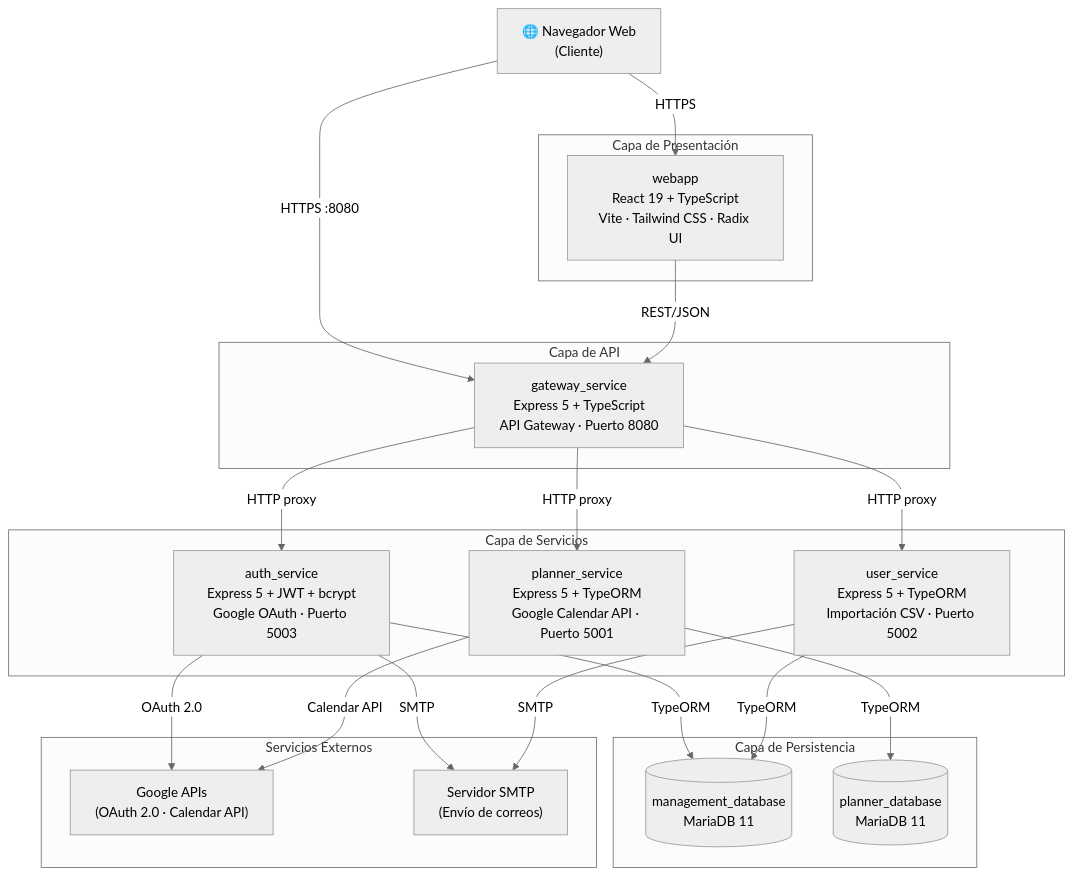
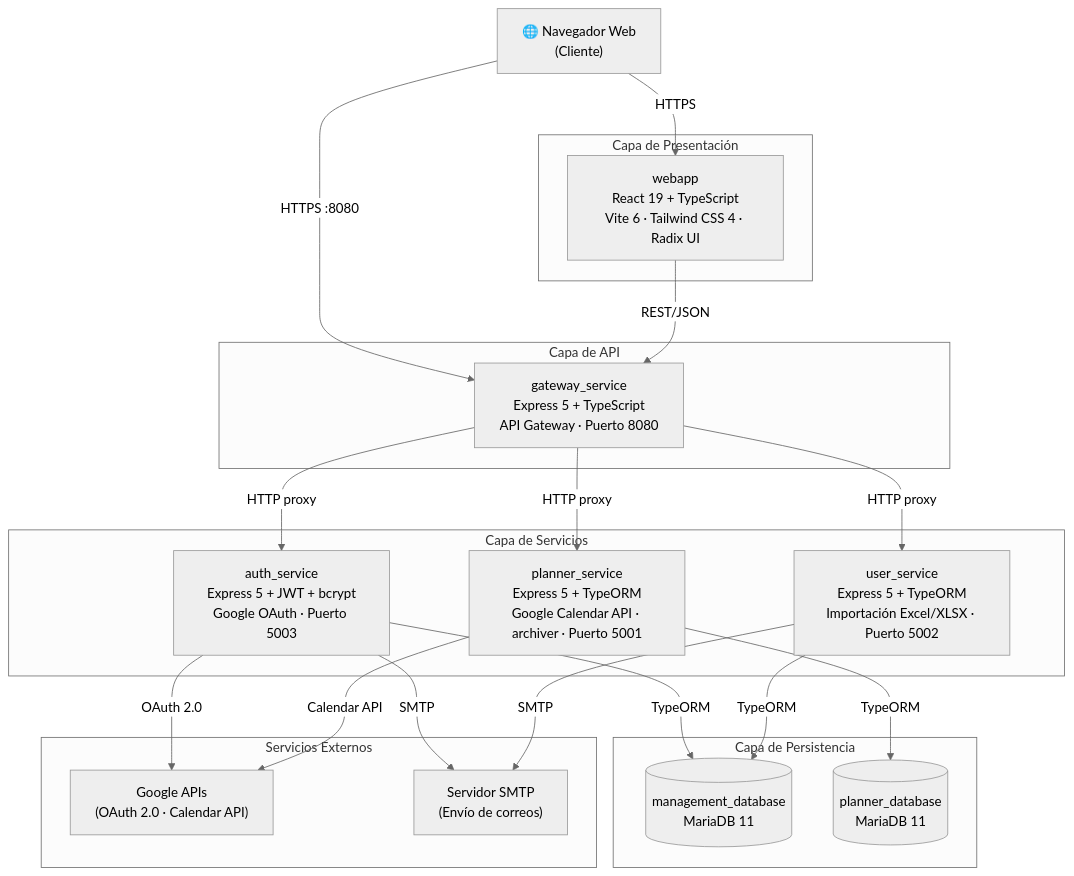
The first of 9 diagrams in docs/capitulo5_diseno.md (Murias10/TeachingPlanner), drawn with Mermaid (neutral theme) before and after one commit. The commit also changed other lines of this file and 1 other file, not shown here.

````diff
--- a/docs/capitulo5_diseno.md
+++ b/docs/capitulo5_diseno.md
@@ -23,42 +34,42 @@
 ```mermaid
 graph TD
     Browser["🌐 Navegador Web\n(Cliente)"]
 
     subgraph "Capa de Presentación"
-        webapp["webapp\nReact 19 + TypeScript\nVite · Tailwind CSS · Radix UI"]
+        webapp["webapp\nReact 19 + TypeScript\nVite 6 · Tailwind CSS 4 · Radix UI"]
     end
 
     subgraph "Capa de API"
         gateway["gateway_service\nExpress 5 + TypeScript\nAPI Gateway · Puerto 8080"]
     end
 
     subgraph "Capa de Servicios"
         auth["auth_service\nExpress 5 + JWT + bcrypt\nGoogle OAuth · Puerto 5003"]
-        user["user_service\nExpress 5 + TypeORM\nImportación CSV · Puerto 5002"]
-        planner["planner_service\nExpress 5 + TypeORM\nGoogle Calendar API · Puerto 5001"]
+        user["user_service\nExpress 5 + TypeORM\nImportación Excel/XLSX · Puerto 5002"]
+        planner["planner_service\nExpress 5 + TypeORM\nGoogle Calendar API · archiver · Puerto 5001"]
     end
 
     subgraph "Capa de Persistencia"
         mgmt_db[("management_database\nMariaDB 11")]
         planner_db[("planner_database\nMariaDB 11")]
     end
 
     subgraph "Servicios Externos"
         google["Google APIs\n(OAuth 2.0 · Calendar API)"]
         smtp["Servidor SMTP\n(Envío de correos)"]
     end
 
     Browser -->|"HTTPS"| webapp
     Browser -->|"HTTPS :8080"| gateway
     webapp -->|"REST/JSON"| gateway
     gateway -->|"HTTP proxy"| auth
     gateway -->|"HTTP proxy"| user
     gateway -->|"HTTP proxy"| planner
     auth -->|"TypeORM"| mgmt_db
     user -->|"TypeORM"| mgmt_db
     planner -->|"TypeORM"| planner_db
     auth -->|"OAuth 2.0"| google
     planner -->|"Calendar API"| google
     auth -->|"SMTP"| smtp
     user -->|"SMTP"| smtp
 ```
````
